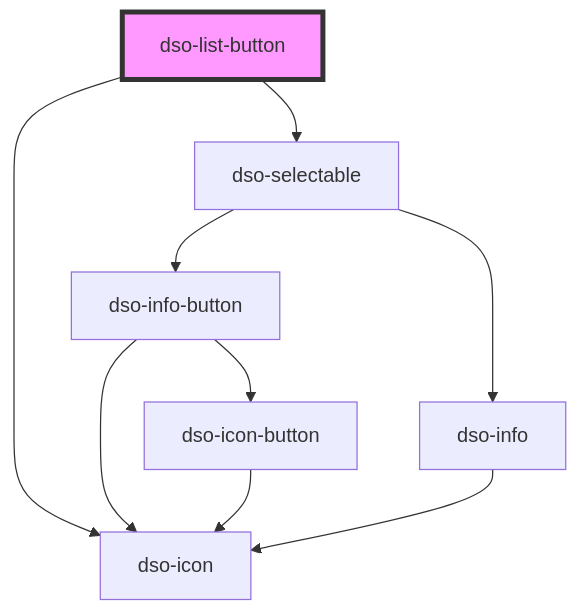
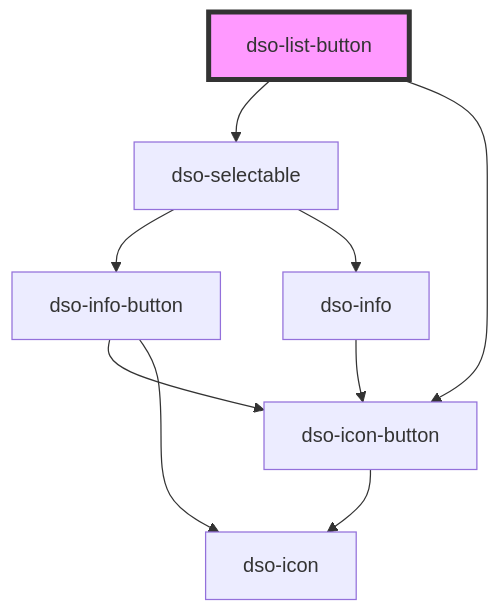
Before and after one commit to dso-toolkit/dso-toolkit: the diagram in packages/core/src/components/list-button/readme.md, drawn with Mermaid. The commit also changed other lines of this file and 48 other files, not shown here.

Commit message:
#2315 [Added] Icon button: Replace all buttons with icon-only with the icon-button component

````diff
--- a/packages/core/src/components/list-button/readme.md
+++ b/packages/core/src/components/list-button/readme.md
@@ -38,12 +38,12 @@
 ```mermaid
 graph TD;
   dso-list-button --> dso-selectable
-  dso-list-button --> dso-icon
+  dso-list-button --> dso-icon-button
   dso-selectable --> dso-info-button
   dso-selectable --> dso-info
   dso-info-button --> dso-icon-button
   dso-info-button --> dso-icon
   dso-icon-button --> dso-icon
-  dso-info --> dso-icon
+  dso-info --> dso-icon-button
   style dso-list-button fill:#f9f,stroke:#333,stroke-width:4px
 ```
````
